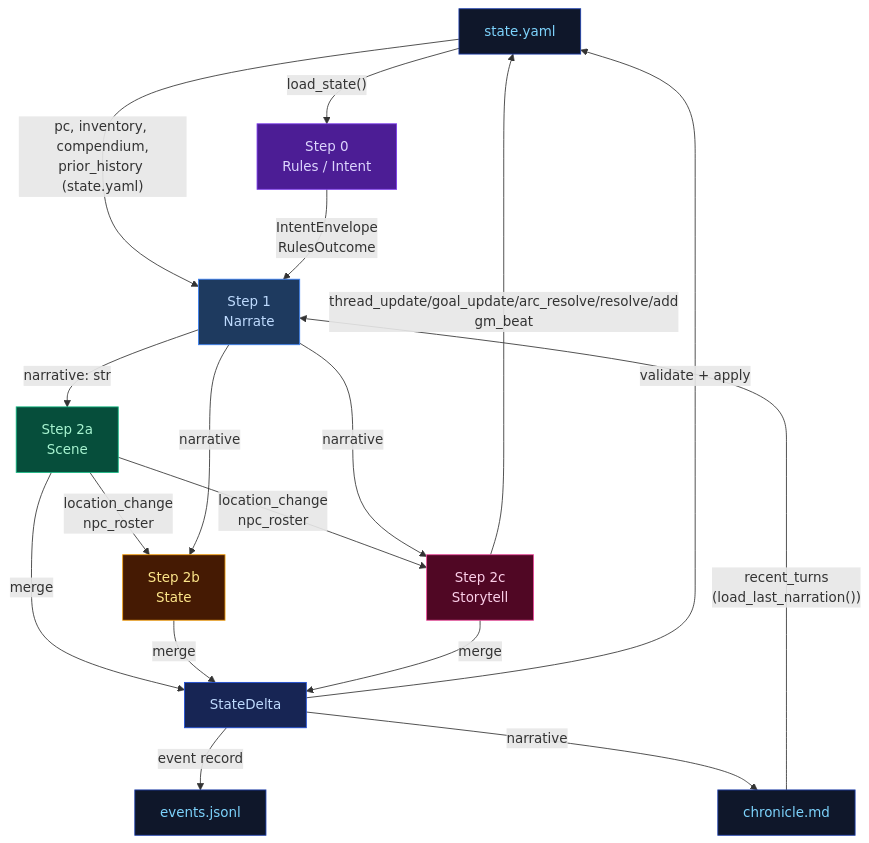
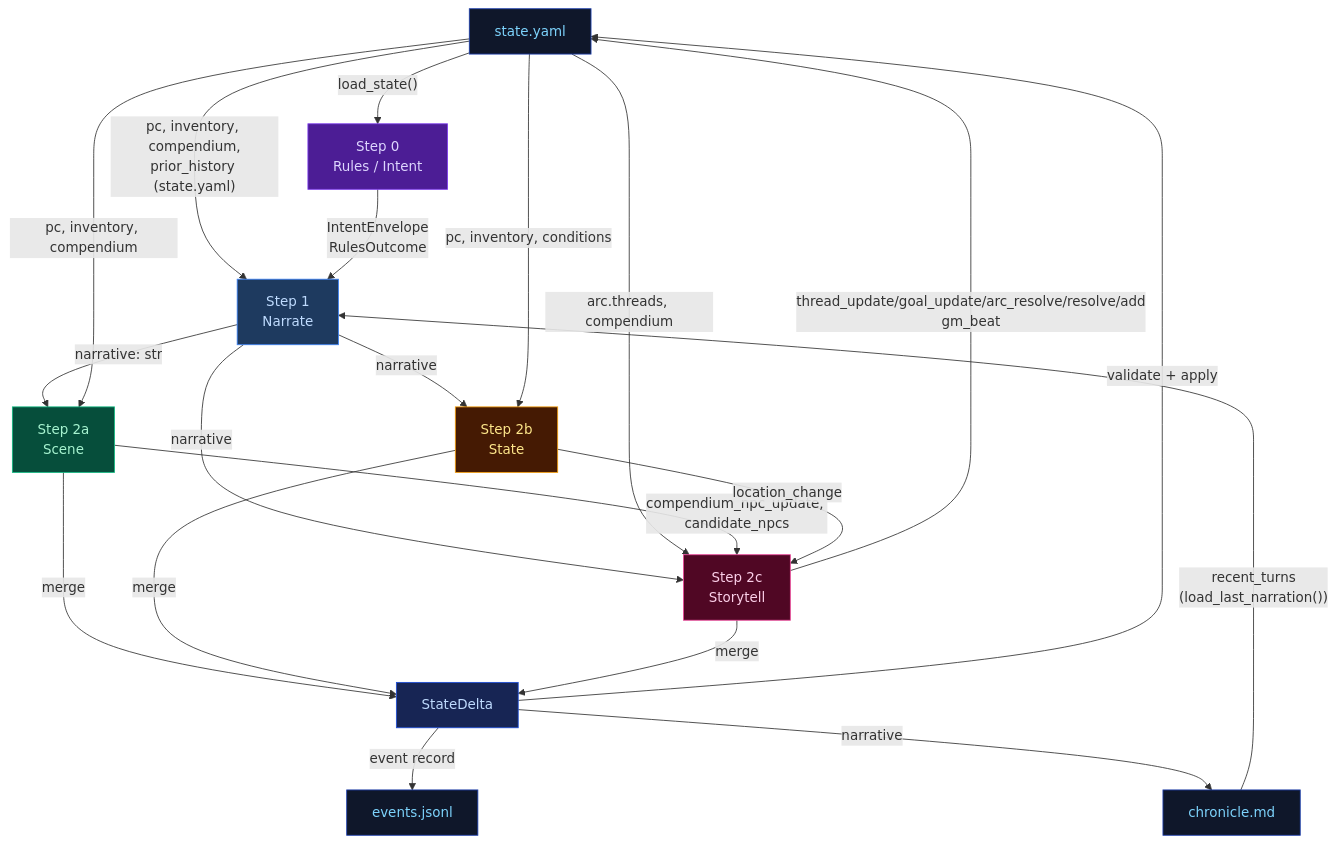
Before and after one commit to pww217/fablethread: the diagram in docs/architecture/cross-pipeline.md, drawn with Mermaid. The commit also changed 15 other files, not shown here.

Commit message:
docs: architectural accuracy pass

````diff
--- a/docs/architecture/cross-pipeline.md
+++ b/docs/architecture/cross-pipeline.md
@@ -3,29 +3,32 @@
 ```mermaid
 flowchart TD
     classDef stageRules    fill:#4c1d95,color:#ddd6fe,stroke:#7c3aed
     classDef stageNarrate  fill:#1e3a5f,color:#bfdbfe,stroke:#3b82f6
     classDef stageScene    fill:#064e3b,color:#a7f3d0,stroke:#10b981
     classDef stageState    fill:#451a03,color:#fde68a,stroke:#f59e0b
     classDef stageProgress fill:#500724,color:#fbcfe8,stroke:#ec4899
     classDef storageNode   fill:#0f172a,color:#7dd3fc,stroke:#1e40af
     classDef mergeNode     fill:#172554,color:#bfdbfe,stroke:#1d4ed8
 
     STATE["state.yaml"]:::storageNode
     CHRONICLE["chronicle.md"]:::storageNode
     EVENTS["events.jsonl"]:::storageNode
 
     STATE -- "load_state()" --> STEP0["Step 0<br>Rules / Intent"]:::stageRules
     CHRONICLE -- "recent_turns<br>(load_last_narration())" --> STEP1["Step 1<br>Narrate"]:::stageNarrate
     STATE -- "pc, inventory, compendium,<br>prior_history (state.yaml)" --> STEP1
     STEP0 -- "IntentEnvelope<br>RulesOutcome" --> STEP1
     STEP1 -- "narrative: str" --> STEP2A["Step 2a<br>Scene"]:::stageScene
-    STEP2A -- "location_change<br>npc_roster" --> STEP2B["Step 2b<br>State"]:::stageState
-    STEP1 -- "narrative" --> STEP2B
-    STEP2A -- "location_change<br>npc_roster" --> STEP2C["Step 2c<br>Storytell"]:::stageProgress
-    STEP1 -- "narrative" --> STEP2C
+    STEP1 -- "narrative" --> STEP2B["Step 2b<br>State"]:::stageState
+    STEP1 -- "narrative" --> STEP2C["Step 2c<br>Storytell"]:::stageProgress
+    STATE -- "pc, inventory, compendium" --> STEP2A
+    STATE -- "pc, inventory, conditions" --> STEP2B
+    STATE -- "arc.threads, compendium" --> STEP2C
+    STEP2A -- "compendium_npc_update, candidate_npcs" --> STEP2C
+    STEP2B -- "location_change" --> STEP2C
     STEP2A & STEP2B & STEP2C -- "merge" --> DELTA["StateDelta"]:::mergeNode
     DELTA -- "validate + apply" --> STATE
     DELTA -- "event record" --> EVENTS
     DELTA -- "narrative" --> CHRONICLE
     STEP2C -- "thread_update/goal_update/arc_resolve/resolve/add<br>gm_beat" --> STATE
 ```
````
